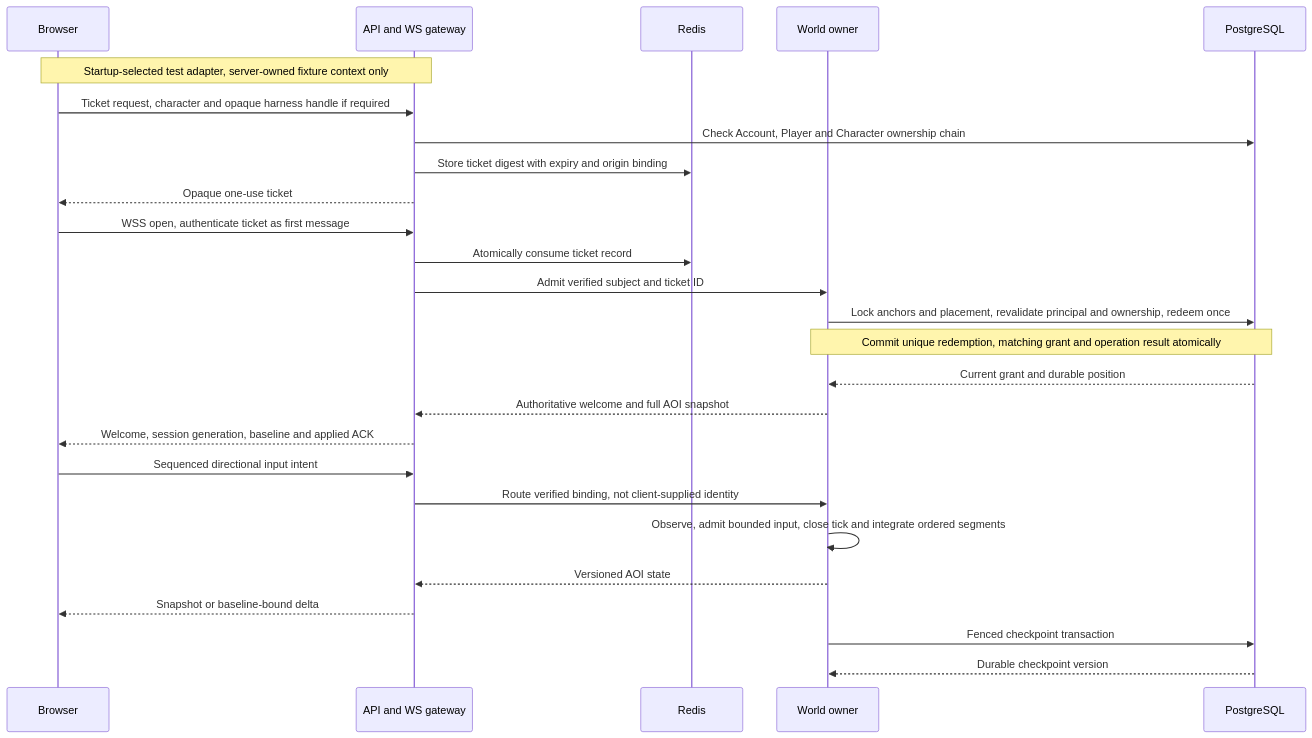
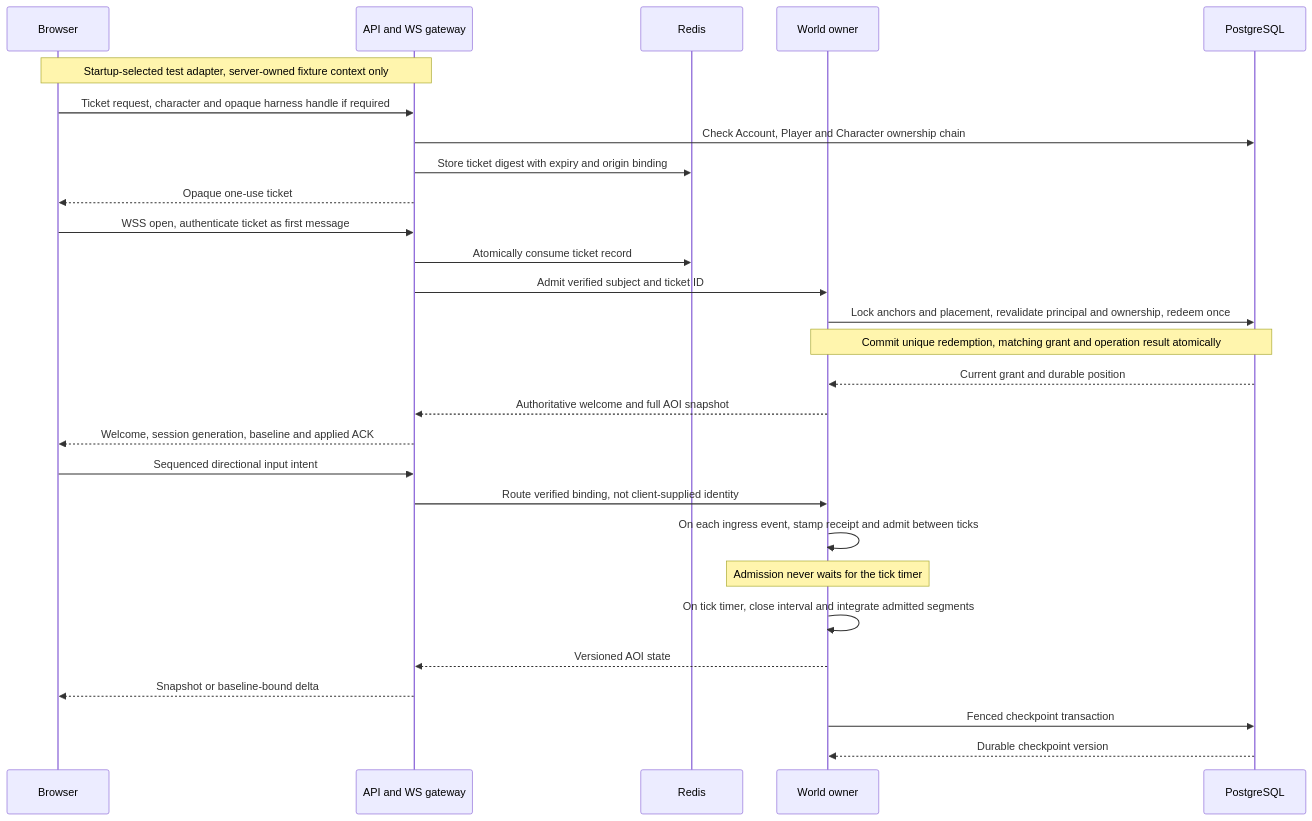
Before and after one commit to atus5/MMORPG: the second of 4 diagrams in docs/M2_ARCHITECTURE.md, drawn with Mermaid. The commit also changed other lines of this file and 3 other files, not shown here.

````diff
--- a/docs/M2_ARCHITECTURE.md
+++ b/docs/M2_ARCHITECTURE.md
@@ -130,28 +134,30 @@
 ```mermaid
 sequenceDiagram
   participant C as Browser
   participant G as API and WS gateway
   participant R as Redis
   participant W as World owner
   participant P as PostgreSQL
   Note over C,G: Startup-selected test adapter, server-owned fixture context only
   C->>G: Ticket request, character and opaque harness handle if required
   G->>P: Check Account, Player and Character ownership chain
   G->>R: Store ticket digest with expiry and origin binding
   G-->>C: Opaque one-use ticket
   C->>G: WSS open, authenticate ticket as first message
   G->>R: Atomically consume ticket record
   G->>W: Admit verified subject and ticket ID
   W->>P: Lock anchors and placement, revalidate principal and ownership, redeem once
   Note over W,P: Commit unique redemption, matching grant and operation result atomically
   P-->>W: Current grant and durable position
   W-->>G: Authoritative welcome and full AOI snapshot
   G-->>C: Welcome, session generation, baseline and applied ACK
   C->>G: Sequenced directional input intent
   G->>W: Route verified binding, not client-supplied identity
-  W->>W: Observe, admit bounded input, close tick and integrate ordered segments
+  W->>W: On each ingress event, stamp receipt and admit between ticks
+  Note over W: Admission never waits for the tick timer
+  W->>W: On tick timer, close interval and integrate admitted segments
   W-->>G: Versioned AOI state
   G-->>C: Snapshot or baseline-bound delta
   W->>P: Fenced checkpoint transaction
   P-->>W: Durable checkpoint version
 ```
````
